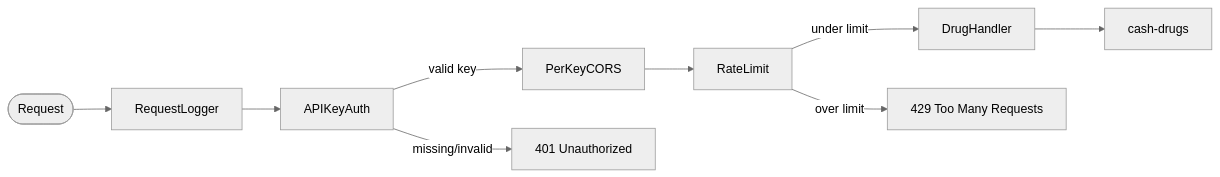
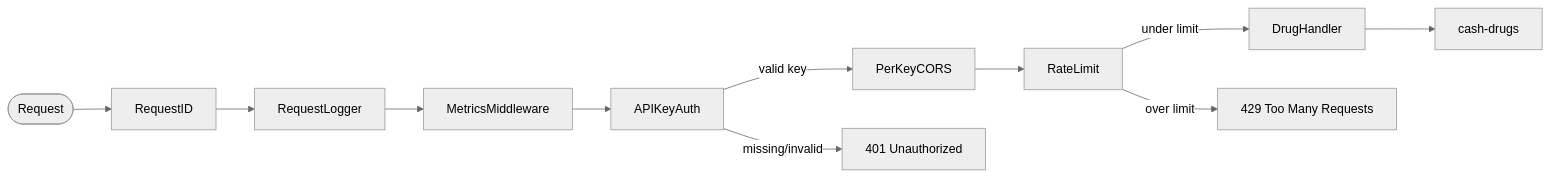
Before and after one commit to finish06/drug-gate: the second of 4 diagrams in README.md, drawn with Mermaid (neutral theme). The commit also changed other lines of this file, not shown here.

````diff
--- a/README.md
+++ b/README.md
@@ -153,11 +165,13 @@
 ```mermaid
 graph LR
-    Req([Request]) --> Log[RequestLogger]
-    Log --> Auth[APIKeyAuth]
+    Req([Request]) --> RID[RequestID]
+    RID --> Log[RequestLogger]
+    Log --> Met[MetricsMiddleware]
+    Met --> Auth[APIKeyAuth]
     Auth -->|valid key| CORS[PerKeyCORS]
     Auth -->|missing/invalid| R401[401 Unauthorized]
     CORS --> RL[RateLimit]
     RL -->|under limit| Handler[DrugHandler]
     RL -->|over limit| R429[429 Too Many Requests]
     Handler --> Upstream[cash-drugs]
 ```
````
